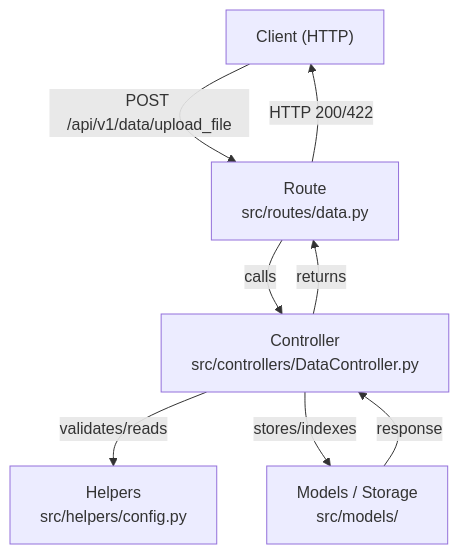
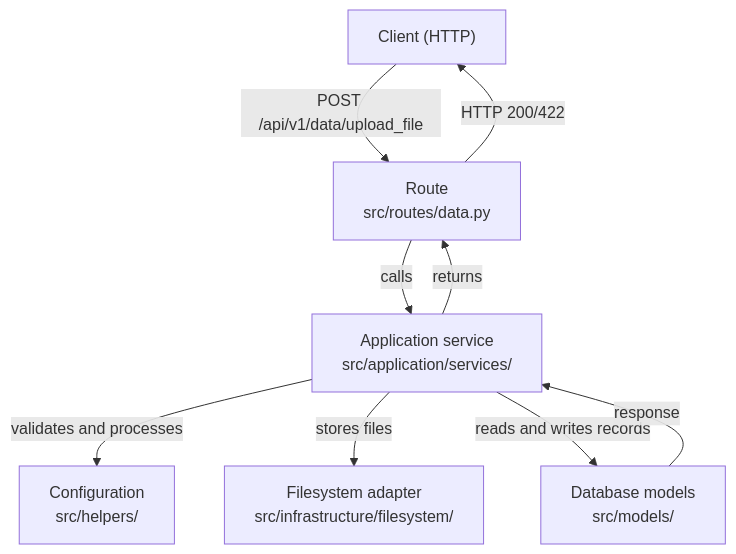
One commit to KarimElshetihy/simple_rag changed the first of 2 diagrams in README.md. Above: the diagram before and after it, drawn with Mermaid. The commit also changed other lines of this file and 35 other files, not shown here.

````diff
--- a/README.md
+++ b/README.md
@@ -78,10 +84,11 @@
 ```mermaid
 flowchart TD
   Client["Client (HTTP)"] -->|POST /api/v1/data/upload_file| Route["Route\nsrc/routes/data.py"]
-  Route -->|calls| Controller["Controller\nsrc/controllers/DataController.py"]
-  Controller -->|validates/reads| Helpers["Helpers\nsrc/helpers/config.py"]
-  Controller -->|stores/indexes| Models["Models / Storage\nsrc/models/"]
-  Models -->|response| Controller
-  Controller -->|returns| Route
+  Route -->|calls| Service["Application service\nsrc/application/services/"]
+  Service -->|validates and processes| Config["Configuration\nsrc/helpers/"]
+  Service -->|stores files| Storage["Filesystem adapter\nsrc/infrastructure/filesystem/"]
+  Service -->|reads and writes records| Models["Database models\nsrc/models/"]
+  Models -->|response| Service
+  Service -->|returns| Route
   Route -->|HTTP 200/422| Client
 ```
````
